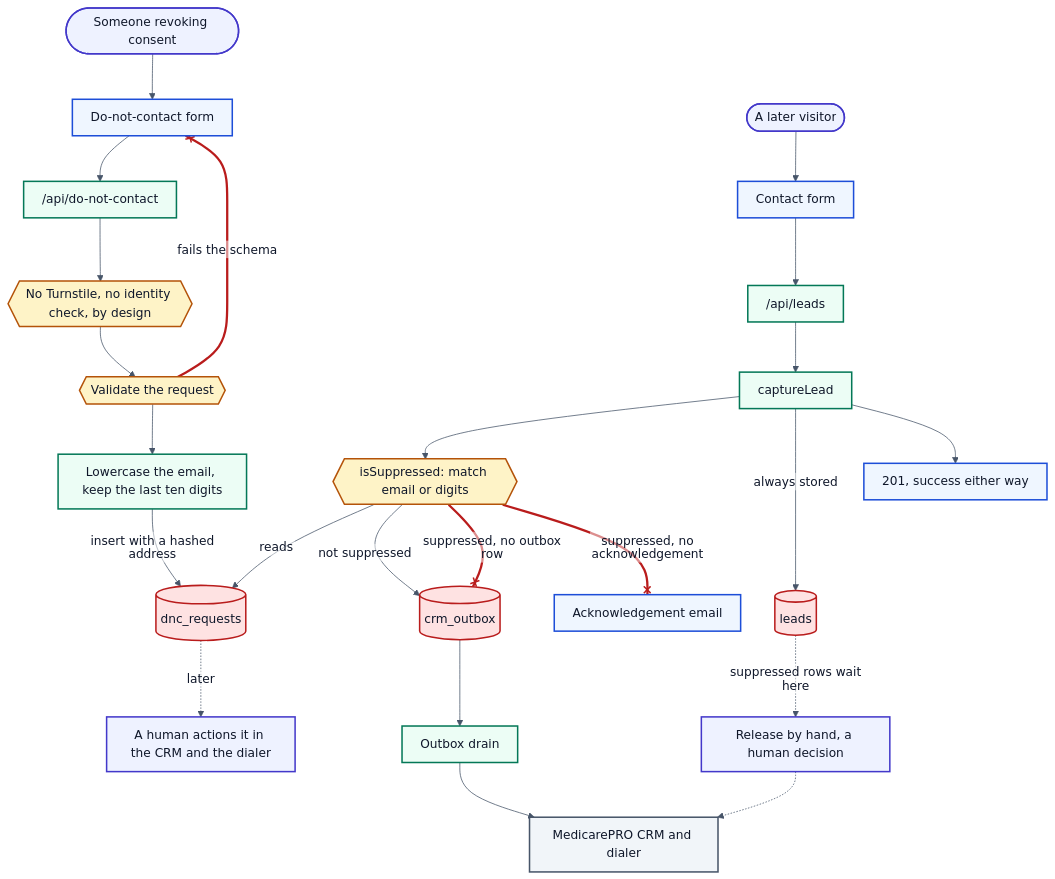
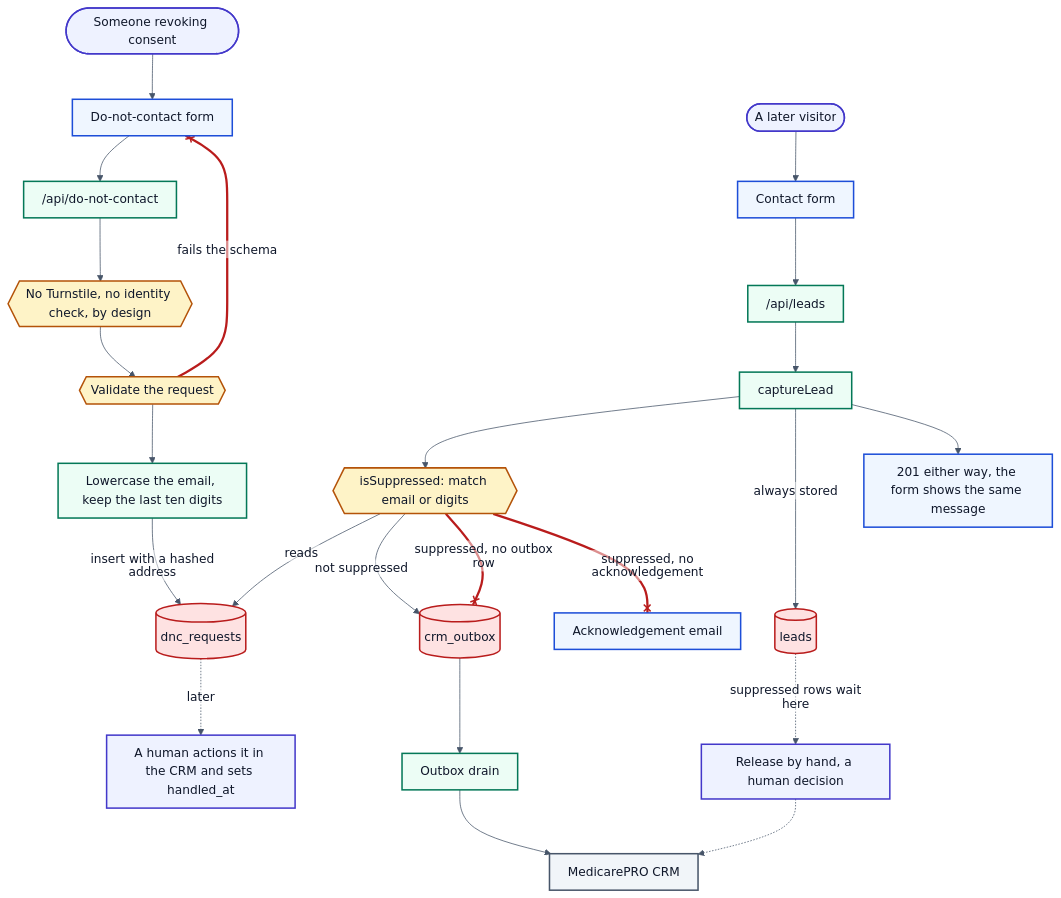
The diagram in docs/diagrams/D8-dnc-suppression.mmd (marc-mccarthy/legacy-benefits-mn), drawn with Mermaid before and after one commit. The commit also changed 10 other files, not shown here.

Commit message:
docs: redraw diagrams against the current infra and code

```diff
--- a/docs/diagrams/D8-dnc-suppression.mmd
+++ b/docs/diagrams/D8-dnc-suppression.mmd
@@ -1,84 +1,88 @@
 %%{init: {"theme":"base","themeVariables":{"fontFamily":"Helvetica Neue, Helvetica, Arial, sans-serif","fontSize":"16px","textColor":"#0F172A","background":"#FFFFFF","lineColor":"#475569","mainBkg":"#EFF6FF","nodeBorder":"#1D4ED8","primaryColor":"#EFF6FF","primaryBorderColor":"#1D4ED8","primaryTextColor":"#0F172A","secondaryColor":"#F1F5F9","secondaryBorderColor":"#475569","secondaryTextColor":"#0F172A","tertiaryColor":"#F8FAFC","tertiaryBorderColor":"#CBD5E1","tertiaryTextColor":"#0F172A","clusterBkg":"#F8FAFC","clusterBorder":"#CBD5E1","edgeLabelBackground":"#FFFFFF","actorBkg":"#EEF2FF","actorBorder":"#4338CA","actorTextColor":"#0F172A","signalColor":"#475569","signalTextColor":"#0F172A","noteBkgColor":"#FEF3C7","noteBorderColor":"#B45309","noteTextColor":"#0F172A","activationBkgColor":"#ECFDF5","activationBorderColor":"#047857","labelBoxBkgColor":"#FEF3C7","labelBoxBorderColor":"#B45309","sequenceNumberColor":"#FFFFFF"},"flowchart":{"htmlLabels":false,"curve":"basis","nodeSpacing":45,"rankSpacing":60,"padding":12},"sequence":{"useMaxWidth":false,"htmlLabels":false,"mirrorActors":false,"wrap":true,"width":190}}}%%
 flowchart TB
 accTitle: How a stop request is taken, stored, and enforced on every later submission
 accDescr {
   Two paths that meet at one table. On the left, someone asks not to be contacted.
   The opt-out route deliberately has no Turnstile and no identity check: under
   TCPA a revocation must be honoured through any reasonable means, and friction on
   a stop request is itself the risk. The request is validated, the email is
   lowercased and the phone is reduced to its last ten digits, and the row is
-  written with a hashed address. That reduction is the one canonical form, shared
-  with the validation schemas, because storage and lookup once had separate
-  versions of it and a number written differently stayed contactable. On the
+  written with a hashed address. That reduction is the one canonical form, in
+  lib/compliance/phone.ts and shared by the validation schema, the write and the
+  lookup, because storage and lookup once had separate versions of it and a number
+  written differently stayed contactable; a data migration rewrote the older rows
+  into that form. The request reaches the Lambda through CloudFront like any other
+  API call. On the
   right, a later contact form submission is captured. Before anything is queued,
   the suppression check matches the submitted email or the submitted digits
   against that table. A match does not discard the submission: the person did fill
   in the form, so the lead is still stored as a record. What a match stops is the
-  outbox row, so nothing is delivered to the CRM or the dialer, and it stops the
-  acknowledgement email. The visitor still receives a success response, because
-  telling them they are suppressed would leak that someone else's record exists.
-  Releasing a suppressed lead is a human decision. A suppression row carries no
+  outbox row, so nothing is delivered to the CRM, and it stops the acknowledgement
+  email; the agency notification is still sent. The visitor still receives a 201
+  and the form shows the same success message either way. The JSON body does carry
+  a suppressed flag, which the form ignores. No code releases a suppressed lead or
+  sets handled_at on a request: both are done by hand. A suppression row carries no
   retention date, because it has to outlive the lead it suppresses.
 }
 
 person([Someone revoking consent])
 optOutForm["Do-not-contact form"]
 optOutRoute["/api/do-not-contact"]
 noTurnstile{{"No Turnstile, no identity check, by design"}}
 validateDnc{{"Validate the request"}}
 canonical["Lowercase the email, keep the last ten digits"]
 dncTable[("dnc_requests")]
-handled["A human actions it in the CRM and the dialer"]
+handled["A human actions it in the CRM and sets handled_at"]
 
 visitor([A later visitor])
 leadForm["Contact form"]
 leadRoute["/api/leads"]
 capture["captureLead"]
 suppressionCheck{{"isSuppressed: match email or digits"}}
 leadsTable[("leads")]
 outboxTable[("crm_outbox")]
 confirmEmail["Acknowledgement email"]
-response["201, success either way"]
+response["201 either way, the form shows the same message"]
 drain["Outbox drain"]
-crm[MedicarePRO CRM and dialer]
+crm[MedicarePRO CRM]
 release["Release by hand, a human decision"]
 
 person --> optOutForm
 optOutForm --> optOutRoute
 optOutRoute --> noTurnstile
 noTurnstile --> validateDnc
 validateDnc --x|fails the schema| optOutForm
 validateDnc --> canonical
 canonical -->|insert with a hashed address| dncTable
 dncTable -.->|later| handled
 
 visitor --> leadForm
 leadForm --> leadRoute
 leadRoute --> capture
 capture --> suppressionCheck
 suppressionCheck -->|reads| dncTable
 capture -->|always stored| leadsTable
 suppressionCheck -->|not suppressed| outboxTable
 suppressionCheck --x|suppressed, no outbox row| outboxTable
 suppressionCheck --x|suppressed, no acknowledgement| confirmEmail
 capture --> response
 outboxTable --> drain
 drain --> crm
 leadsTable -.->|suppressed rows wait here| release
 release -.-> crm
 
 classDef human    fill:#EEF2FF,stroke:#4338CA,stroke-width:2px,color:#0F172A
 classDef client   fill:#EFF6FF,stroke:#1D4ED8,stroke-width:2px,color:#0F172A
 classDef ours     fill:#ECFDF5,stroke:#047857,stroke-width:2px,color:#0F172A
 classDef guard    fill:#FEF3C7,stroke:#B45309,stroke-width:2px,color:#0F172A
 classDef vendor   fill:#F1F5F9,stroke:#475569,stroke-width:2px,color:#0F172A
 classDef phi      fill:#FEE2E2,stroke:#B91C1C,stroke-width:2px,color:#0F172A
 classDef artifact fill:#F5F3FF,stroke:#6D28D9,stroke-width:2px,color:#0F172A
 
 class person,visitor,handled,release human
 class optOutForm,leadForm,response,confirmEmail client
 class optOutRoute,leadRoute,capture,canonical,drain ours
 class noTurnstile,validateDnc,suppressionCheck guard
 class dncTable,leadsTable,outboxTable phi
 class crm vendor
 linkStyle 4,15,16 stroke:#B91C1C,stroke-width:3px
```
